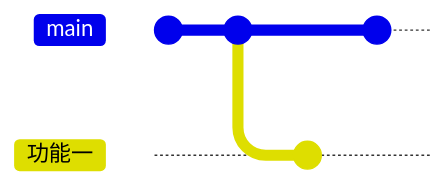
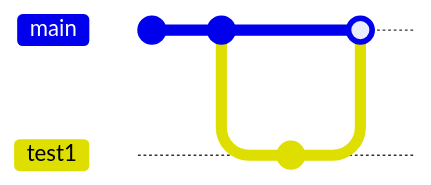
The diagram in text.md (GGQQmax/markdown), drawn with Mermaid before and after one commit. Commit ids are hidden.

````diff
--- a/text.md
+++ b/text.md
@@ -1,11 +1,12 @@
 ```mermaid
 gitGraph
 
 commit
 commit
-branch "功能一"
+branch "test1"
 commit id: "正在做其他功能不影響"
-checkout "main"
-commit 
+checkout main
+
+merge test1
 
 ```
````
